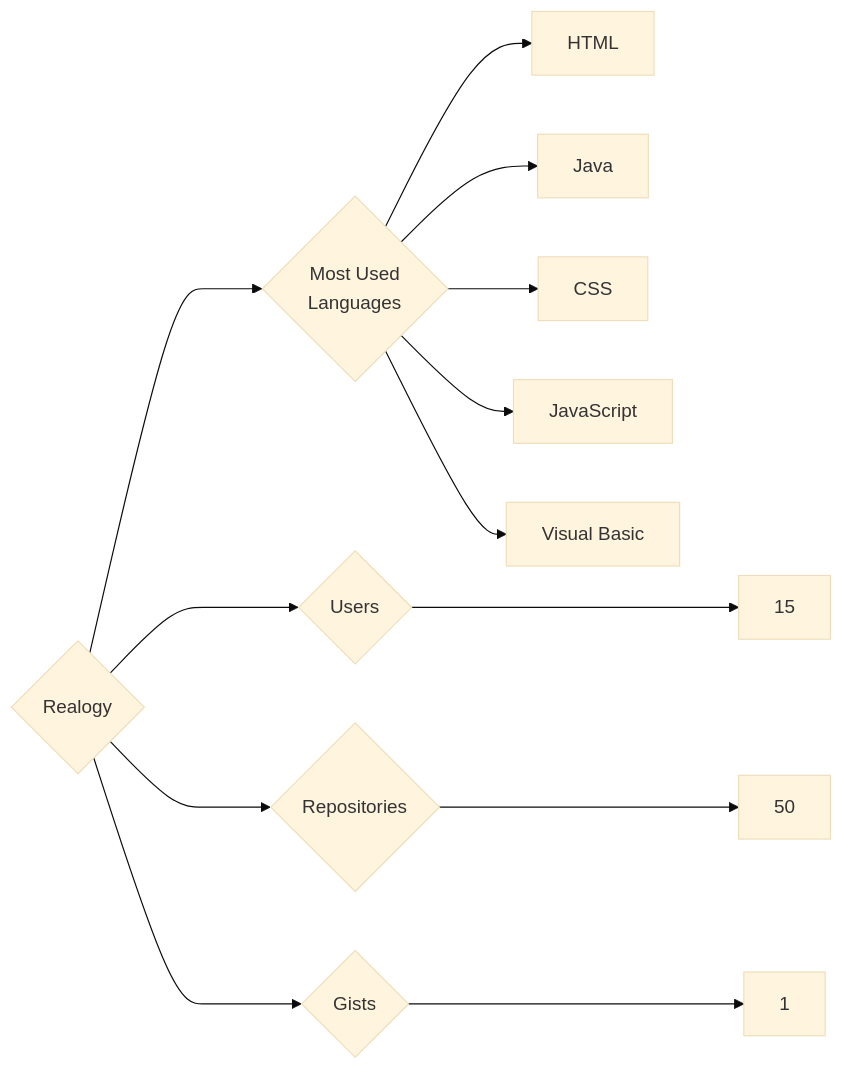
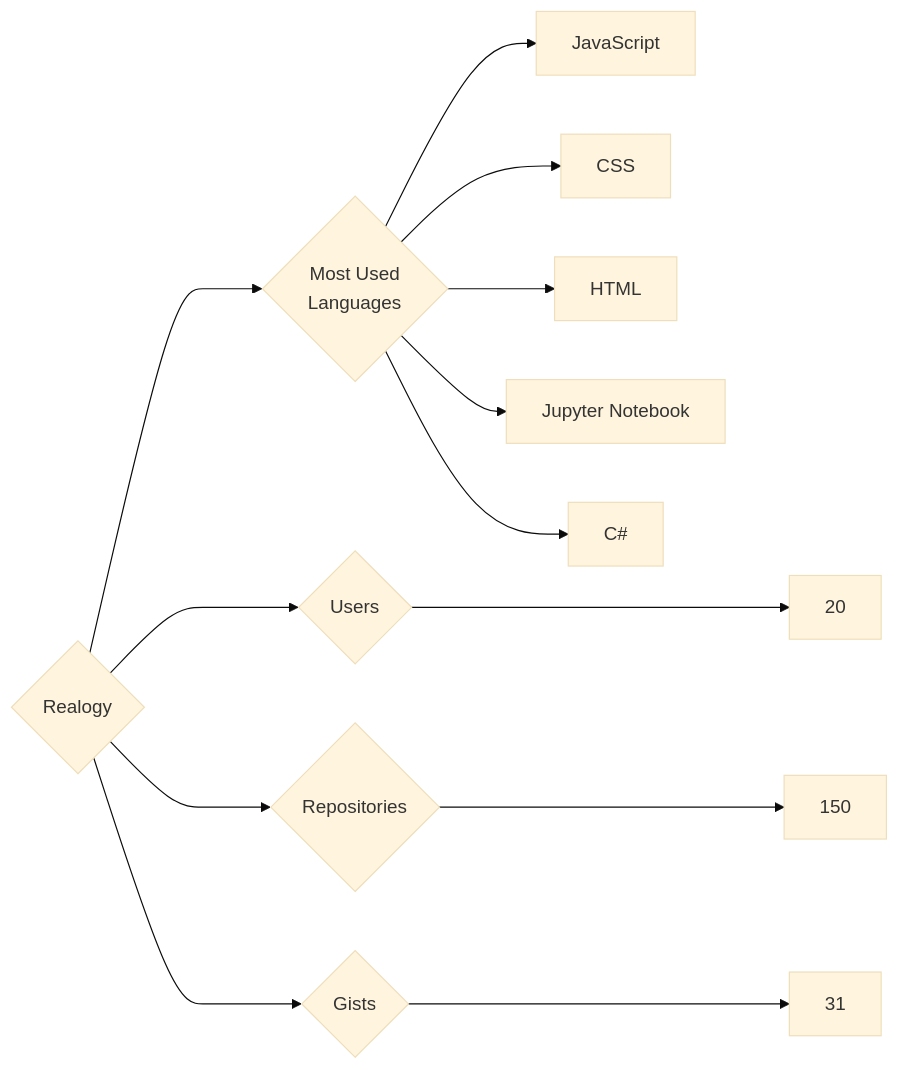
The diagram in targets/Realogy/README.md (trickest/insiders), drawn with Mermaid (base theme) before and after one commit. The commit also changed 799 other files, not shown here.

````diff
--- a/targets/Realogy/README.md
+++ b/targets/Realogy/README.md
@@ -3,13 +3,13 @@
 ```mermaid
 graph LR
 COMPANY_NAME{Realogy}
-COMPANY_NAME ---> U{Users} ---> UN[15]
-COMPANY_NAME ---> R{Repositories} ---> RN[50]
-COMPANY_NAME ---> G{Gists} ---> GN[1]
+COMPANY_NAME ---> U{Users} ---> UN[20]
+COMPANY_NAME ---> R{Repositories} ---> RN[150]
+COMPANY_NAME ---> G{Gists} ---> GN[31]
 COMPANY_NAME ---> ML{Most Used<br>Languages}
+ML --> JavaScript[JavaScript]
+ML --> CSS[CSS]
 ML --> HTML[HTML]
-ML --> Java[Java]
-ML --> CSS[CSS]
-ML --> JavaScript[JavaScript]
-ML --> Visual_Basic[Visual Basic]
+ML --> Jupyter_Notebook[Jupyter Notebook]
+ML --> C#[C#]
 ```
````
